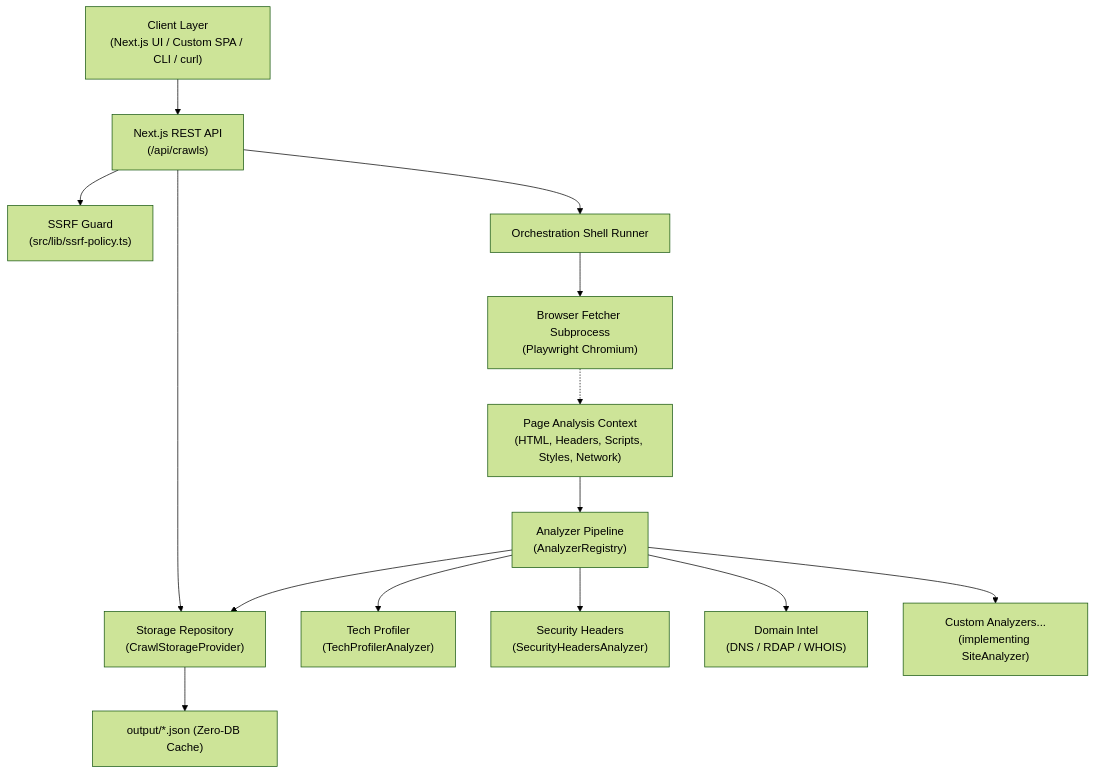
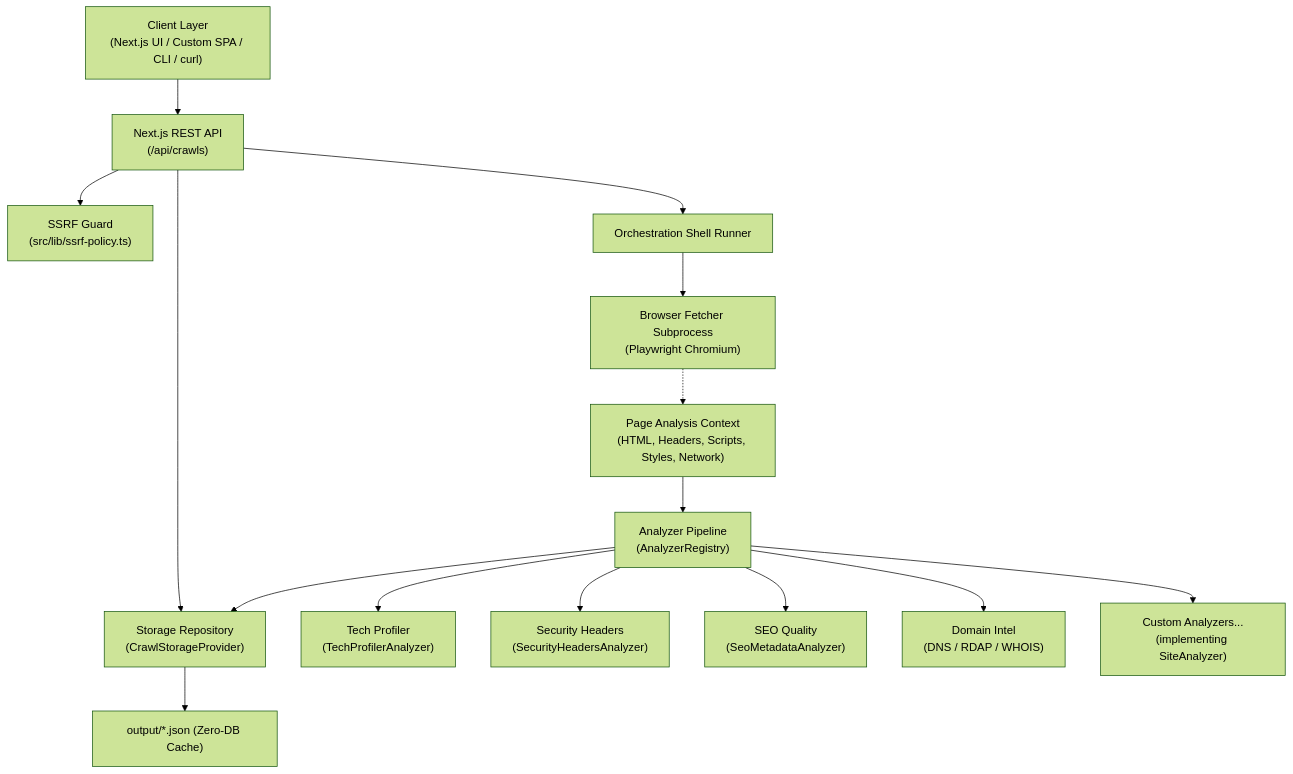
One commit to urgorri/web-crawler-analyzer changed the diagram in README.md. Above: the diagram before and after it, drawn with Mermaid (forest theme). The commit also changed other lines of this file and 18 other files, not shown here.

````diff
--- a/README.md
+++ b/README.md
@@ -30,19 +31,20 @@
 ```mermaid
 flowchart TD
     Client["Client Layer\n(Next.js UI / Custom SPA / CLI / curl)"] --> API["Next.js REST API\n(/api/crawls)"]
     API --> SSRF["SSRF Guard\n(src/lib/ssrf-policy.ts)"]
     API --> Storage["Storage Repository\n(CrawlStorageProvider)"]
     
     API --> Orchestrator["Orchestration Shell Runner"]
     Orchestrator --> Fetcher["Browser Fetcher Subprocess\n(Playwright Chromium)"]
     Fetcher -.-> Context["Page Analysis Context\n(HTML, Headers, Scripts, Styles, Network)"]
     
     Context --> Pipeline["Analyzer Pipeline\n(AnalyzerRegistry)"]
     Pipeline --> M1["Tech Profiler\n(TechProfilerAnalyzer)"]
     Pipeline --> M2["Security Headers\n(SecurityHeadersAnalyzer)"]
-    Pipeline --> M3["Domain Intel\n(DNS / RDAP / WHOIS)"]
-    Pipeline --> M4["Custom Analyzers...\n(implementing SiteAnalyzer)"]
+    Pipeline --> M3["SEO Quality\n(SeoMetadataAnalyzer)"]
+    Pipeline --> M4["Domain Intel\n(DNS / RDAP / WHOIS)"]
+    Pipeline --> M5["Custom Analyzers...\n(implementing SiteAnalyzer)"]
     
     Pipeline --> Storage
     Storage --> Disk["output/*.json (Zero-DB Cache)"]
 ```
````
